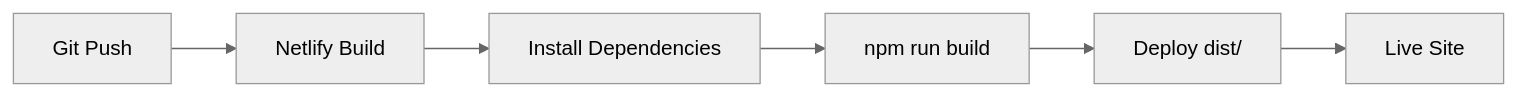
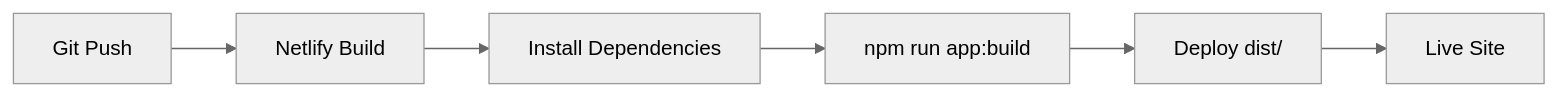
Before and after one commit to ndelangen/tanstack-start: the diagram in docs/deployment.md, drawn with Mermaid (neutral theme). The commit also changed other lines of this file and 4 other files, not shown here.

````diff
--- a/docs/deployment.md
+++ b/docs/deployment.md
@@ -41,8 +41,8 @@
 ```mermaid
 flowchart LR
     Git[Git Push] --> Netlify[Netlify Build]
     Netlify --> Install[Install Dependencies]
-    Install --> Build[npm run build]
+    Install --> Build[npm run app:build]
     Build --> Deploy[Deploy dist/]
     Deploy --> Live[Live Site]
 ```
````
